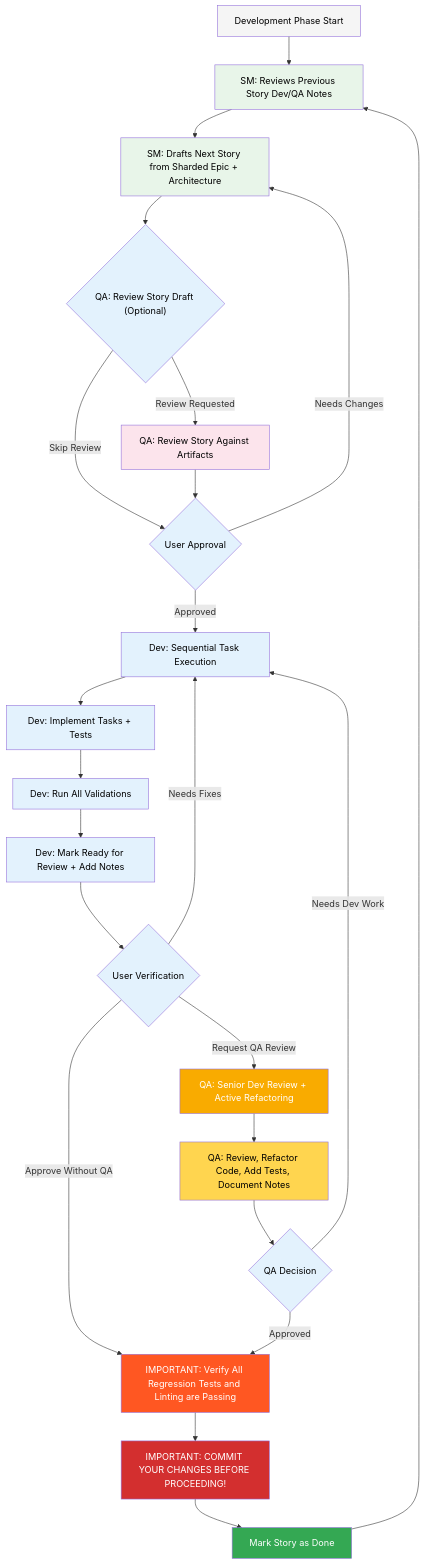
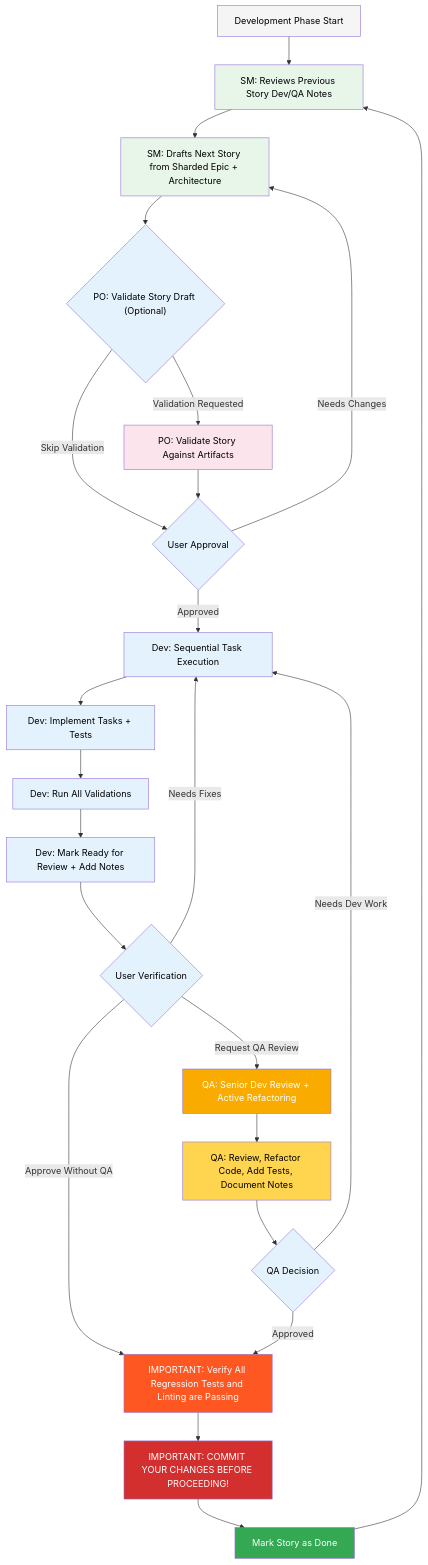
Before and after one commit to EreZAzariyA/dream-team-builder: the second of 2 diagrams in .bmad-core/user-guide.md, drawn with Mermaid. The commit also changed 176 other files, not shown here.

````diff
--- a/.bmad-core/user-guide.md
+++ b/.bmad-core/user-guide.md
@@ -84,43 +84,43 @@
 ```mermaid
 graph TD
     A["Development Phase Start"] --> B["SM: Reviews Previous Story Dev/QA Notes"]
     B --> B2["SM: Drafts Next Story from Sharded Epic + Architecture"]
-    B2 --> B3{"QA: Review Story Draft (Optional)"}
-    B3 -->|Review Requested| B4["QA: Review Story Against Artifacts"]
-    B3 -->|Skip Review| C{"User Approval"}
+    B2 --> B3{"PO: Validate Story Draft (Optional)"}
+    B3 -->|Validation Requested| B4["PO: Validate Story Against Artifacts"]
+    B3 -->|Skip Validation| C{"User Approval"}
     B4 --> C
     C -->|Approved| D["Dev: Sequential Task Execution"]
     C -->|Needs Changes| B2
     D --> E["Dev: Implement Tasks + Tests"]
     E --> F["Dev: Run All Validations"]
     F --> G["Dev: Mark Ready for Review + Add Notes"]
     G --> H{"User Verification"}
     H -->|Request QA Review| I["QA: Senior Dev Review + Active Refactoring"]
     H -->|Approve Without QA| M["IMPORTANT: Verify All Regression Tests and Linting are Passing"]
     I --> J["QA: Review, Refactor Code, Add Tests, Document Notes"]
     J --> L{"QA Decision"}
     L -->|Needs Dev Work| D
     L -->|Approved| M
     H -->|Needs Fixes| D
     M --> N["IMPORTANT: COMMIT YOUR CHANGES BEFORE PROCEEDING!"]
     N --> K["Mark Story as Done"]
     K --> B
 
     style A fill:#f5f5f5,color:#000
     style B fill:#e8f5e9,color:#000
     style B2 fill:#e8f5e9,color:#000
     style B3 fill:#e3f2fd,color:#000
     style B4 fill:#fce4ec,color:#000
     style C fill:#e3f2fd,color:#000
     style D fill:#e3f2fd,color:#000
     style E fill:#e3f2fd,color:#000
     style F fill:#e3f2fd,color:#000
     style G fill:#e3f2fd,color:#000
     style H fill:#e3f2fd,color:#000
     style I fill:#f9ab00,color:#fff
     style J fill:#ffd54f,color:#000
     style K fill:#34a853,color:#fff
     style L fill:#e3f2fd,color:#000
     style M fill:#ff5722,color:#fff
     style N fill:#d32f2f,color:#fff
 ```
````
